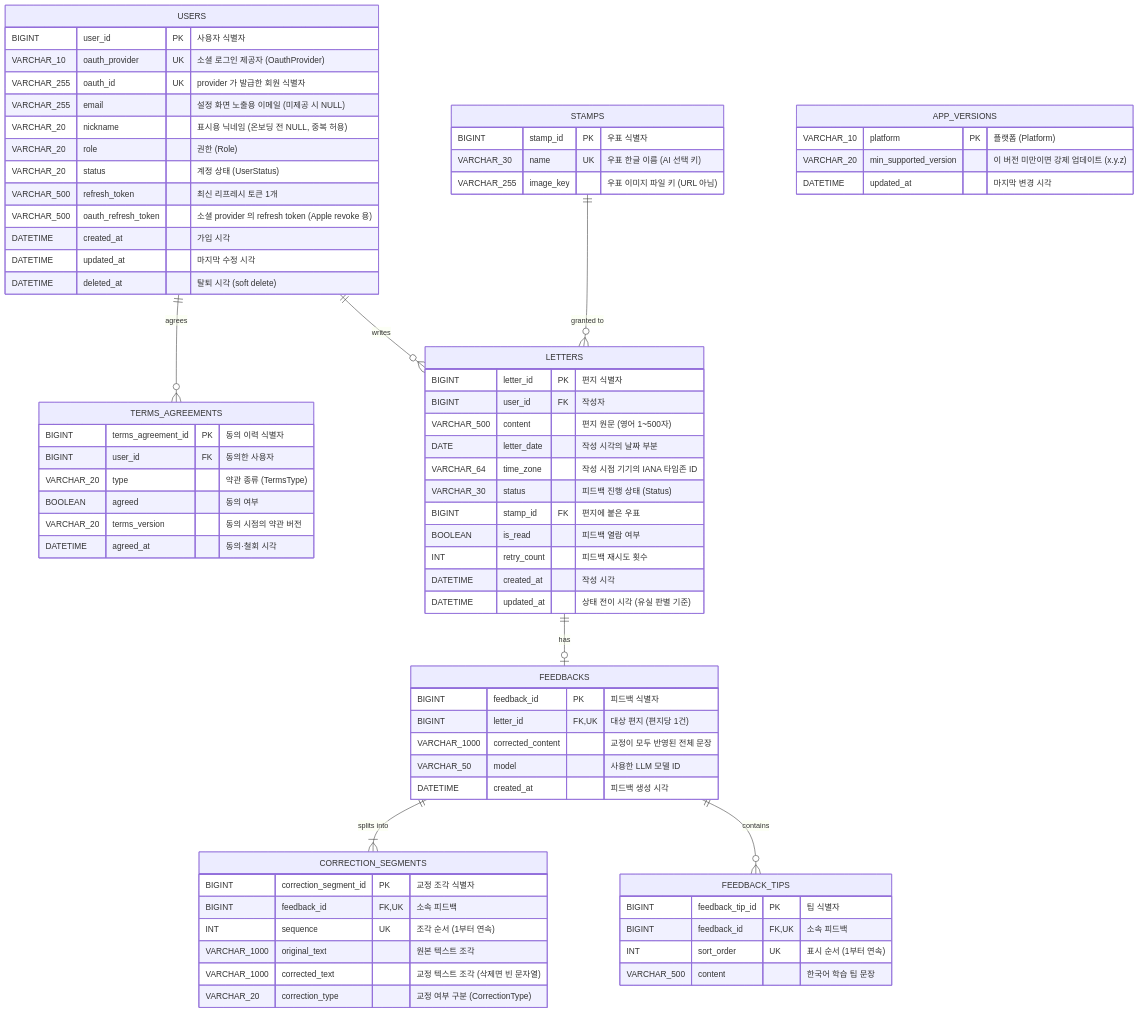
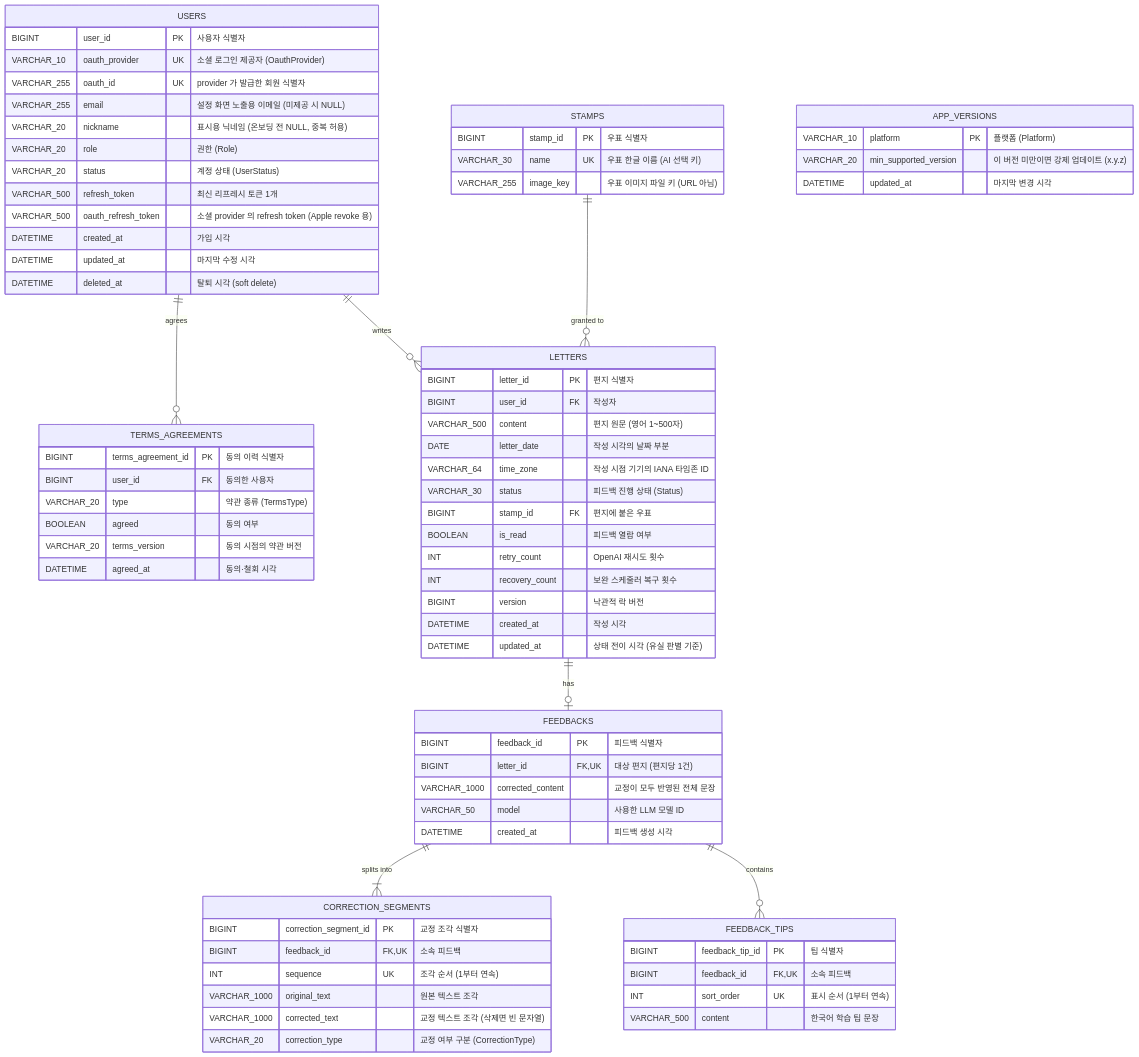
The diagram in docs/ERD.md (Dear-Jolly/Jolly_Server), drawn with Mermaid before and after one commit. The commit also changed other lines of this file and 33 other files, not shown here.

First line of the commit message:
feat: OpenAI 피드백 복구와 상태 동시성 제어 구현

```diff
--- a/docs/ERD.md
+++ b/docs/ERD.md
@@ -71,7 +71,9 @@
         VARCHAR_30 status "피드백 진행 상태 (Status)"
         BIGINT stamp_id FK "편지에 붙은 우표"
         BOOLEAN is_read "피드백 열람 여부"
-        INT retry_count "피드백 재시도 횟수"
+        INT retry_count "OpenAI 재시도 횟수"
+        INT recovery_count "보완 스케줄러 복구 횟수"
+        BIGINT version "낙관적 락 버전"
         DATETIME created_at "작성 시각"
         DATETIME updated_at "상태 전이 시각 (유실 판별 기준)"
     }
```
